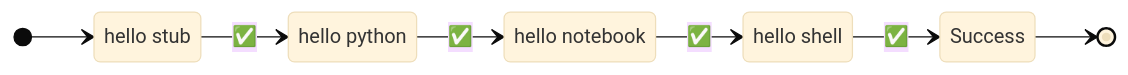
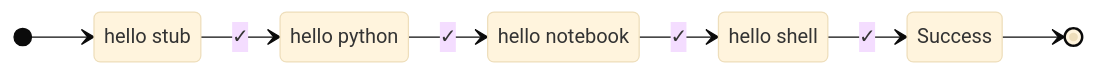
One commit to AstraZeneca/runnable changed the diagram in docs/concepts/pipeline.md. Above: the diagram before and after it, drawn with Mermaid (base theme). The commit also changed other lines of this file and 18 other files, not shown here.

````diff
--- a/docs/concepts/pipeline.md
+++ b/docs/concepts/pipeline.md
@@ -22,17 +21,17 @@
 ```mermaid
 stateDiagram-v2
     direction lr
     state "hello stub" as start_at
     state "hello python" as step_2
     state "hello notebook" as step_3
     state "hello shell" as step_4
     state "Success" as success
 
 
     [*] --> start_at
-    start_at --> step_2 : #9989;
-    step_2 --> step_3 : #9989;
-    step_3 --> step_4 : #9989;
-    step_4 --> success : #9989;
+    start_at --> step_2 : ✓
+    step_2 --> step_3 : ✓
+    step_3 --> step_4 : ✓
+    step_4 --> success : ✓
     success --> [*]
 ```
````
